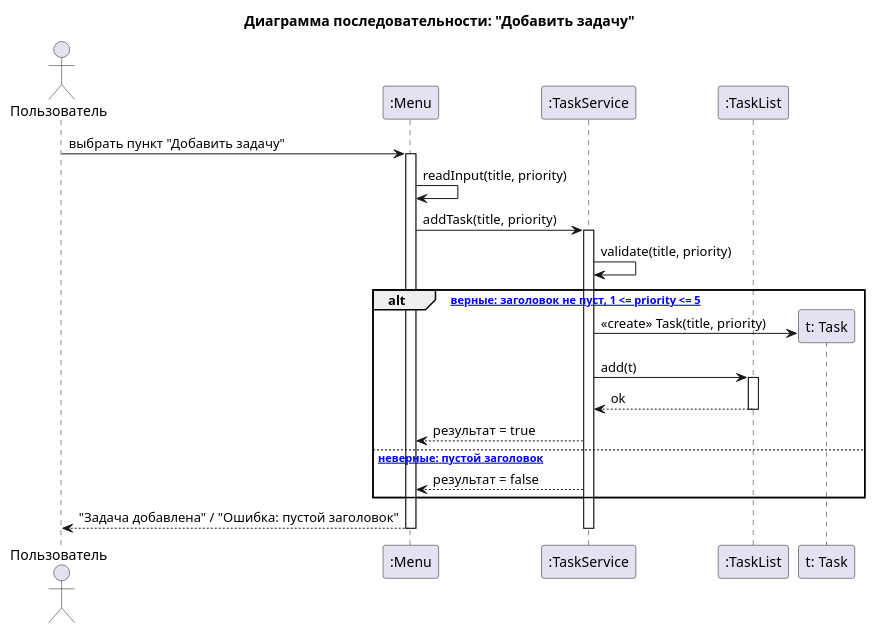
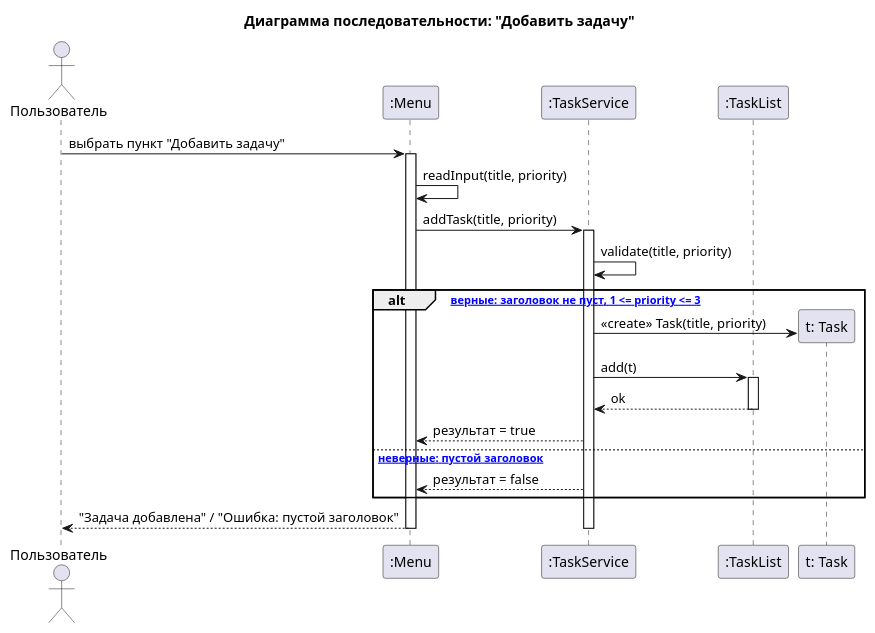
Before and after one commit to Ruslan1209/TaskFlow: the diagram in docs/uml/04_seq_add.puml, drawn with PlantUML.

```diff
--- a/docs/uml/04_seq_add.puml
+++ b/docs/uml/04_seq_add.puml
@@ -1,32 +1,32 @@
 @startuml 04_seq_add
 title Диаграмма последовательности: "Добавить задачу"
 
 actor Пользователь as User
 participant ":Menu" as M
 participant ":TaskService" as S
 participant ":TaskList" as L
 participant "t: Task" as T
 
 User -> M : выбрать пункт "Добавить задачу"
 activate M
 M -> M : readInput(title, priority)
 M -> S : addTask(title, priority)
 activate S
 
 S -> S : validate(title, priority)
-alt [данные верные: заголовок не пуст, 1 <= priority <= 5]
+alt [данные верные: заголовок не пуст, 1 <= priority <= 3]
   create T
   S -> T : <<create>> Task(title, priority)
   S -> L : add(t)
   activate L
   L --> S : ok
   deactivate L
   S --> M : результат = true
 else [данные неверные: пустой заголовок]
   S --> M : результат = false
 end
 
 M --> User : "Задача добавлена" / "Ошибка: пустой заголовок"
 deactivate S
 deactivate M
 @enduml
```
